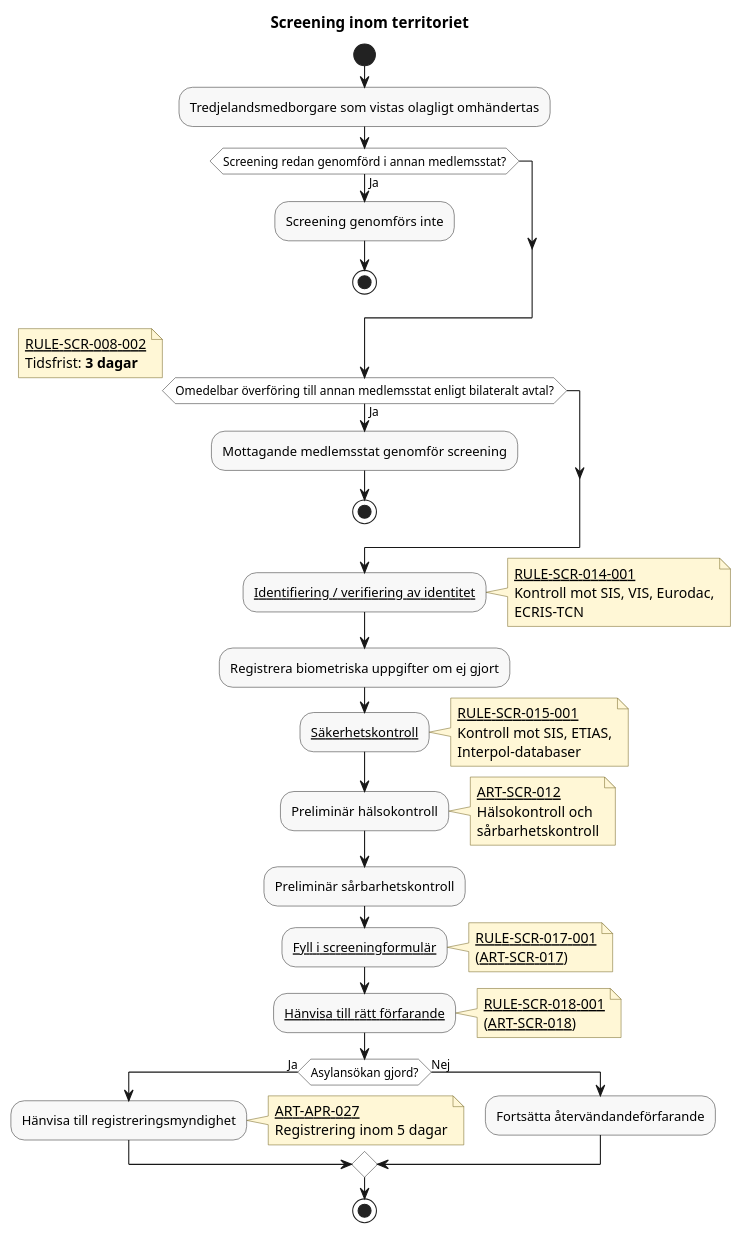
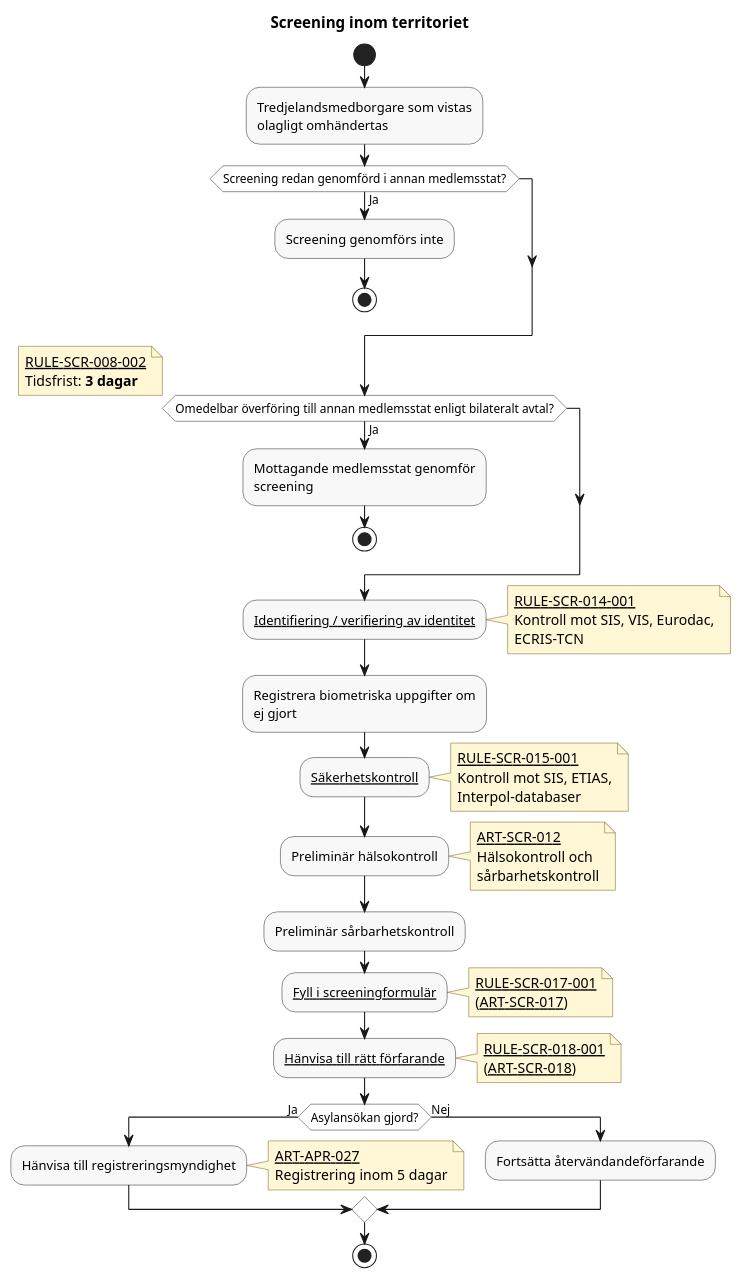
One commit to chrhe894/migration_pact changed the diagram in docs/domains/screening/diagrams/screening-within-territory.pu. Above: the diagram before and after it, drawn with PlantUML. The commit also changed 14 other files, not shown here.

Commit message:
Less wide diagrams

```diff
--- a/docs/domains/screening/diagrams/screening-within-territory.pu
+++ b/docs/domains/screening/diagrams/screening-within-territory.pu
@@ -16,98 +16,98 @@
 @startuml screening-within-territory
 
 title Screening inom territoriet
 
 skinparam shadowing false
 skinparam HyperlinkColor Black
 skinparam HyperlinkUnderline true
 skinparam defaultFontName Arial
 skinparam activity {
   BackgroundColor #F8F8F8
   BorderColor #333333
   DiamondBackgroundColor #FFFFFF
   DiamondBorderColor #333333
 }
 skinparam note {
   BackgroundColor #FFF7D6
   BorderColor #7A6A2A
 }
 
 start
 
-:Tredjelandsmedborgare som vistas olagligt omhändertas;
+:Tredjelandsmedborgare som vistas\nolagligt omhändertas;
 
 if (Screening redan genomförd i annan medlemsstat?) then (Ja)
 
     :Screening genomförs inte;
 
     stop
 
 endif
 
 if (Omedelbar överföring till annan medlemsstat enligt bilateralt avtal?) then (Ja)
 
-    :Mottagande medlemsstat genomför screening;
+    :Mottagande medlemsstat genomför\nscreening;
 
     stop
 
 endif
 
 note right
   [[../rules/rule-scr-008-002.md RULE-SCR-008-002]]
   Tidsfrist: **3 dagar**
 end note
 
 :[[../rules/rule-scr-014-001.md Identifiering / verifiering av identitet]];
 note right
   [[../rules/rule-scr-014-001.md RULE-SCR-014-001]]
   Kontroll mot SIS, VIS, Eurodac,
   ECRIS-TCN
 end note
 
-:Registrera biometriska uppgifter om ej gjort;
+:Registrera biometriska uppgifter om\nej gjort;
 
 :[[../rules/rule-scr-015-001.md Säkerhetskontroll]];
 note right
   [[../rules/rule-scr-015-001.md RULE-SCR-015-001]]
   Kontroll mot SIS, ETIAS,
   Interpol-databaser
 end note
 
 :Preliminär hälsokontroll;
 note right
   [[../articles/scr-012.md ART-SCR-012]]
   Hälsokontroll och
   sårbarhetskontroll
 end note
 
 :Preliminär sårbarhetskontroll;
 
 :[[../rules/rule-scr-017-001.md Fyll i screeningformulär]];
 note right
   [[../rules/rule-scr-017-001.md RULE-SCR-017-001]]
   ([[../articles/scr-017.md ART-SCR-017]])
 end note
 
 :[[../rules/rule-scr-018-001.md Hänvisa till rätt förfarande]];
 note right
   [[../rules/rule-scr-018-001.md RULE-SCR-018-001]]
   ([[../articles/scr-018.md ART-SCR-018]])
 end note
 
 if (Asylansökan gjord?) then (Ja)
 
     :Hänvisa till registreringsmyndighet;
     note right
       [[../../../domains/registration/articles/apr-027.md ART-APR-027]]
       Registrering inom 5 dagar
     end note
 
 else (Nej)
 
     :Fortsätta återvändandeförfarande;
 
 endif
 
 stop
 
 @enduml
```
